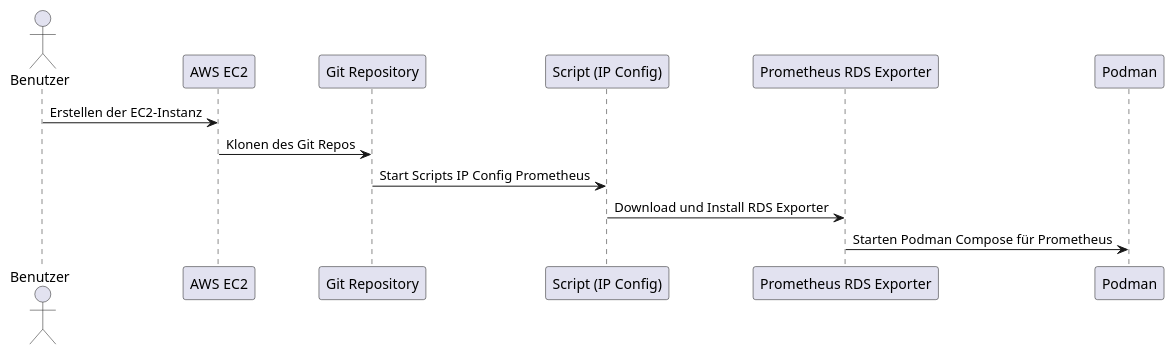
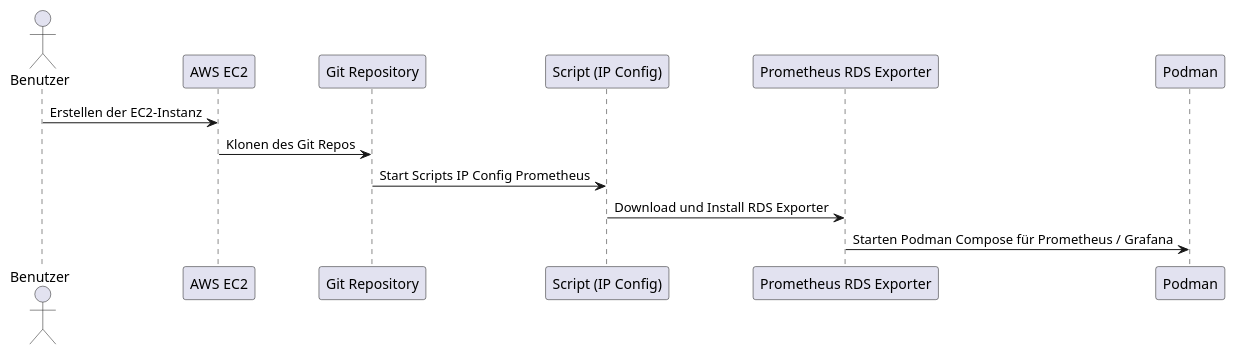
The first of 5 diagrams in Sequenzdiagramm.puml (blro-ep/ITCNE23-SEM-III), drawn with PlantUML before and after one commit. The commit also changed other lines of this file and 1 other file, not shown here.

Commit message:
Update Sequenzdiagramm

```diff
--- a/Sequenzdiagramm.puml
+++ b/Sequenzdiagramm.puml
@@ -1,14 +1,14 @@
 @startuml Sequenzdiagramm_Prometheus _EC2
 actor Benutzer
 participant "AWS EC2" as EC2
 participant "Git Repository" as Git
 participant "Script (IP Config)" as Script
 participant "Prometheus RDS Exporter" as Exporter
 participant "Podman" as Podman
 
 Benutzer -> EC2: Erstellen der EC2-Instanz
 EC2 -> Git: Klonen des Git Repos
 Git -> Script: Start Scripts IP Config Prometheus
 Script -> Exporter:  Download und Install RDS Exporter
-Exporter -> Podman: Starten Podman Compose für Prometheus
+Exporter -> Podman: Starten Podman Compose für Prometheus / Grafana
 @enduml
```
